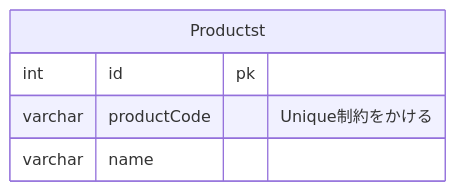
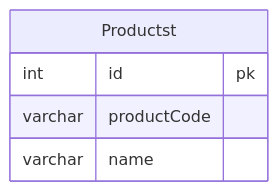
Before and after one commit to zyumax/pc_task: the diagram in アンチパターン8/課題2.md, drawn with Mermaid. The commit also changed 1 other file, not shown here.

Commit message:
アンチパターン8

````diff
--- a/アンチパターン8/課題2.md
+++ b/アンチパターン8/課題2.md
@@ -6,8 +6,8 @@
 ```mermaid
 erDiagram
 Productst {
   int id pk
-  varchar productCode "Unique制約をかける"
+  varchar productCode
   varchar name
 }
 ```
````
